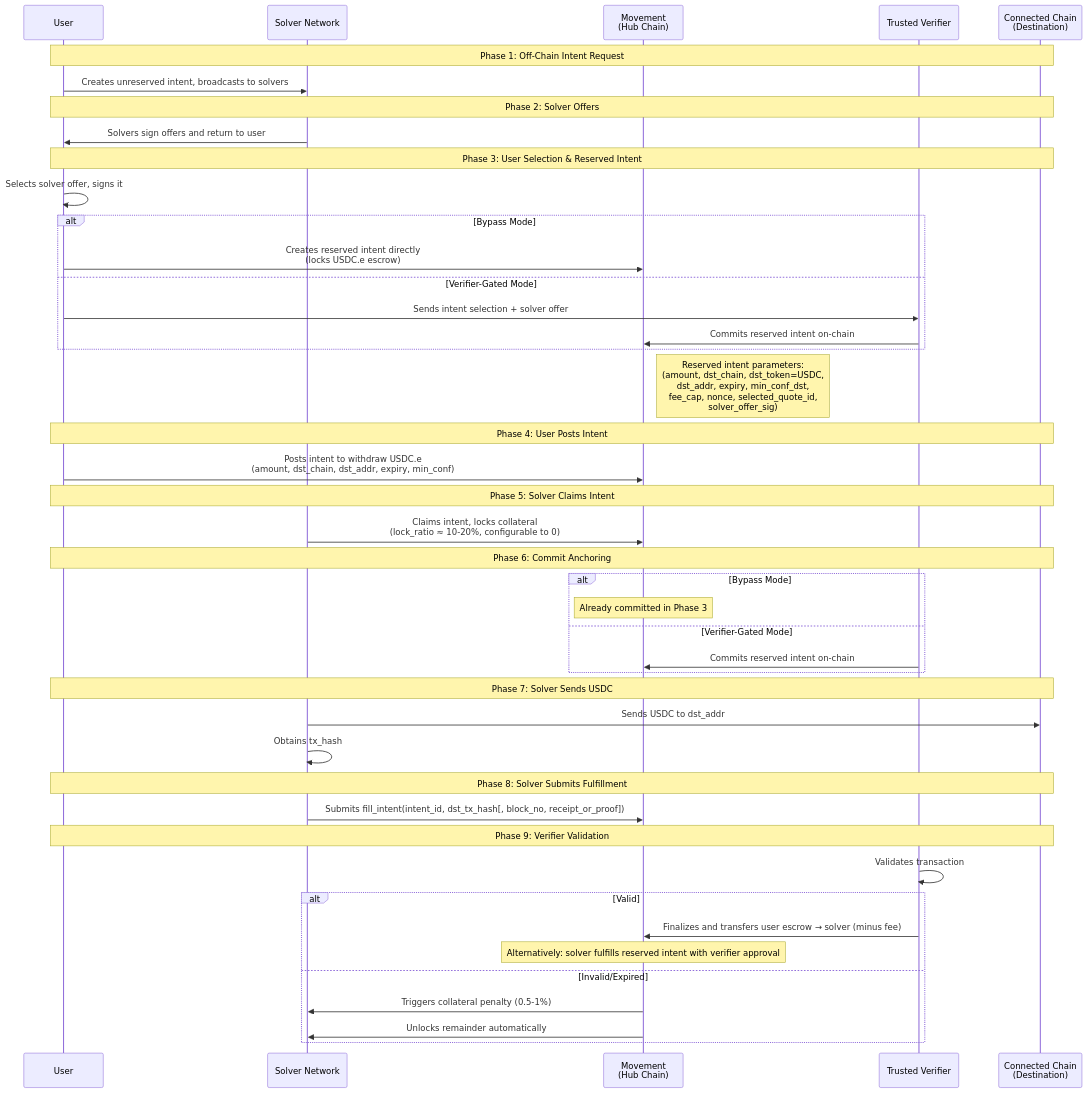
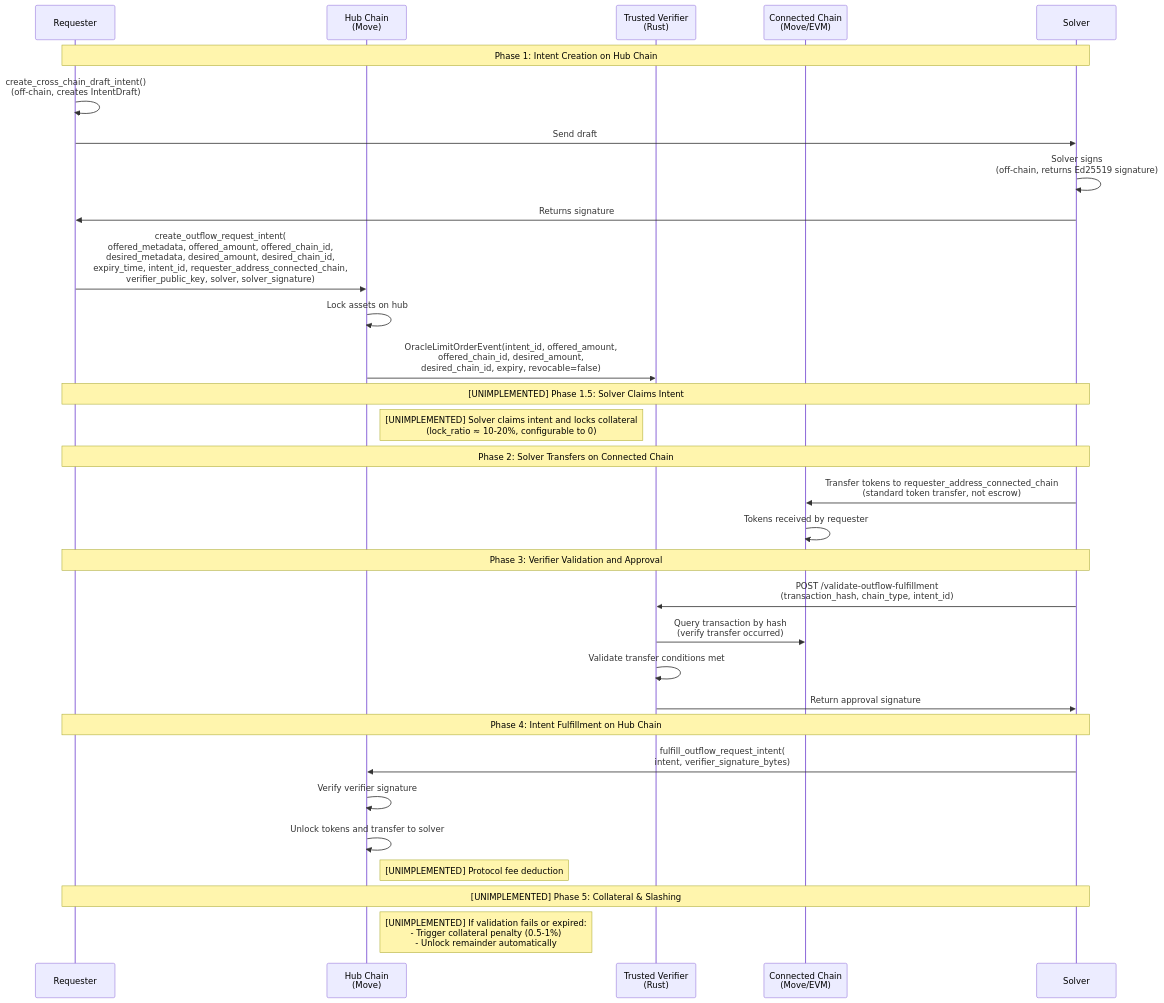
The second of 2 diagrams in .taskmaster/docs/requirements.md (movementlabsxyz/intent-framework), drawn with Mermaid before and after one commit. The commit also changed other lines of this file and 3 other files, not shown here.

````diff
--- a/.taskmaster/docs/requirements.md
+++ b/.taskmaster/docs/requirements.md
@@ -142,54 +124,39 @@
 ```mermaid
 sequenceDiagram
-    participant User
-    participant SolverNetwork as Solver Network
-    participant Movement as Movement<br/>(Hub Chain)
-    participant Verifier as Trusted Verifier
-    participant Connected as Connected Chain<br/>(Destination)
+    participant Requester
+    participant Hub as Hub Chain<br/>(Move)
+    participant Verifier as Trusted Verifier<br/>(Rust)
+    participant Connected as Connected Chain<br/>(Move/EVM)
+    participant Solver
 
-    Note over User,Connected: Phase 1: Off-Chain Intent Request
-    User->>SolverNetwork: Creates unreserved intent, broadcasts to solvers
+    Note over Requester,Solver: Phase 1: Intent Creation on Hub Chain
+    Requester->>Requester: create_cross_chain_draft_intent()<br/>(off-chain, creates IntentDraft)
+    Requester->>Solver: Send draft
+    Solver->>Solver: Solver signs<br/>(off-chain, returns Ed25519 signature)
+    Solver->>Requester: Returns signature
+    Requester->>Hub: create_outflow_request_intent(<br/>offered_metadata, offered_amount, offered_chain_id,<br/>desired_metadata, desired_amount, desired_chain_id,<br/>expiry_time, intent_id, requester_address_connected_chain,<br/>verifier_public_key, solver, solver_signature)
+    Hub->>Hub: Lock assets on hub
+    Hub->>Verifier: OracleLimitOrderEvent(intent_id, offered_amount,<br/>offered_chain_id, desired_amount,<br/>desired_chain_id, expiry, revocable=false)
 
-    Note over User,Connected: Phase 2: Solver Offers
-    SolverNetwork->>User: Solvers sign offers and return to user
+    Note over Requester,Solver: [UNIMPLEMENTED] Phase 1.5: Solver Claims Intent
+    Note right of Hub: [UNIMPLEMENTED] Solver claims intent and locks collateral<br/>(lock_ratio ≈ 10-20%, configurable to 0)
 
-    Note over User,Connected: Phase 3: User Selection & Reserved Intent
-    User->>User: Selects solver offer, signs it
-    alt Bypass Mode
-        User->>Movement: Creates reserved intent directly<br/>(locks USDC.e escrow)
-    else Verifier-Gated Mode
-        User->>Verifier: Sends intent selection + solver offer
-        Verifier->>Movement: Commits reserved intent on-chain
-    end
-    Note right of Movement: Reserved intent parameters:<br/>(amount, dst_chain, dst_token=USDC,<br/>dst_addr, expiry, min_conf_dst,<br/>fee_cap, nonce, selected_quote_id,<br/>solver_offer_sig)
+    Note over Requester,Solver: Phase 2: Solver Transfers on Connected Chain
+    Solver->>Connected: Transfer tokens to requester_address_connected_chain<br/>(standard token transfer, not escrow)
+    Connected->>Connected: Tokens received by requester
 
-    Note over User,Connected: Phase 4: User Posts Intent
-    User->>Movement: Posts intent to withdraw USDC.e<br/>(amount, dst_chain, dst_addr, expiry, min_conf)
+    Note over Requester,Solver: Phase 3: Verifier Validation and Approval
+    Solver->>Verifier: POST /validate-outflow-fulfillment<br/>(transaction_hash, chain_type, intent_id)
+    Verifier->>Connected: Query transaction by hash<br/>(verify transfer occurred)
+    Verifier->>Verifier: Validate transfer conditions met
+    Verifier->>Solver: Return approval signature
 
-    Note over User,Connected: Phase 5: Solver Claims Intent
-    SolverNetwork->>Movement: Claims intent, locks collateral<br/>(lock_ratio ≈ 10-20%, configurable to 0)
+    Note over Requester,Solver: Phase 4: Intent Fulfillment on Hub Chain
+    Solver->>Hub: fulfill_outflow_request_intent(<br/>intent, verifier_signature_bytes)
+    Hub->>Hub: Verify verifier signature
+    Hub->>Hub: Unlock tokens and transfer to solver
+    Note right of Hub: [UNIMPLEMENTED] Protocol fee deduction
 
-    Note over User,Connected: Phase 6: Commit Anchoring
-    alt Bypass Mode
-        Note over Movement: Already committed in Phase 3
-    else Verifier-Gated Mode
-        Verifier->>Movement: Commits reserved intent on-chain
-    end
-
-    Note over User,Connected: Phase 7: Solver Sends USDC
-    SolverNetwork->>Connected: Sends USDC to dst_addr
-    SolverNetwork->>SolverNetwork: Obtains tx_hash
-
-    Note over User,Connected: Phase 8: Solver Submits Fulfillment
-    SolverNetwork->>Movement: Submits fill_intent(intent_id, dst_tx_hash[, block_no, receipt_or_proof])
-
-    Note over User,Connected: Phase 9: Verifier Validation
-    Verifier->>Verifier: Validates transaction
-    alt Valid
-        Verifier->>Movement: Finalizes and transfers user escrow → solver (minus fee)
-        Note over Movement: Alternatively: solver fulfills reserved intent with verifier approval
-    else Invalid/Expired
-        Movement->>SolverNetwork: Triggers collateral penalty (0.5-1%)
-        Movement->>SolverNetwork: Unlocks remainder automatically
-    end
+    Note over Requester,Solver: [UNIMPLEMENTED] Phase 5: Collateral & Slashing
+    Note right of Hub: [UNIMPLEMENTED] If validation fails or expired:<br/>- Trigger collateral penalty (0.5-1%)<br/>- Unlock remainder automatically
 ```
````
